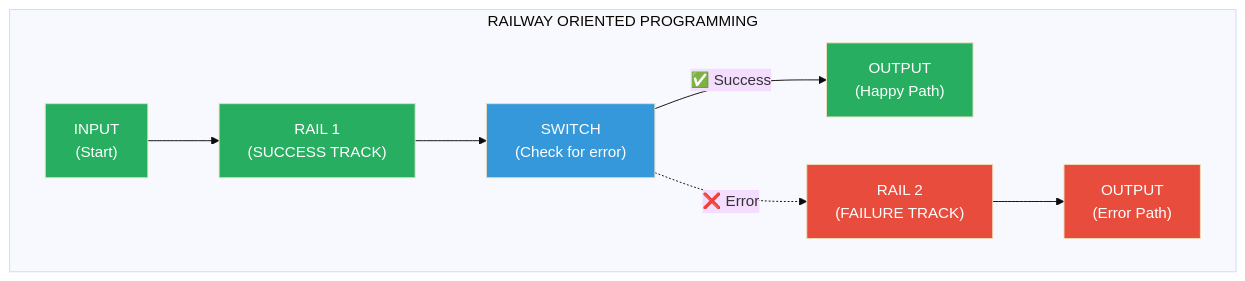
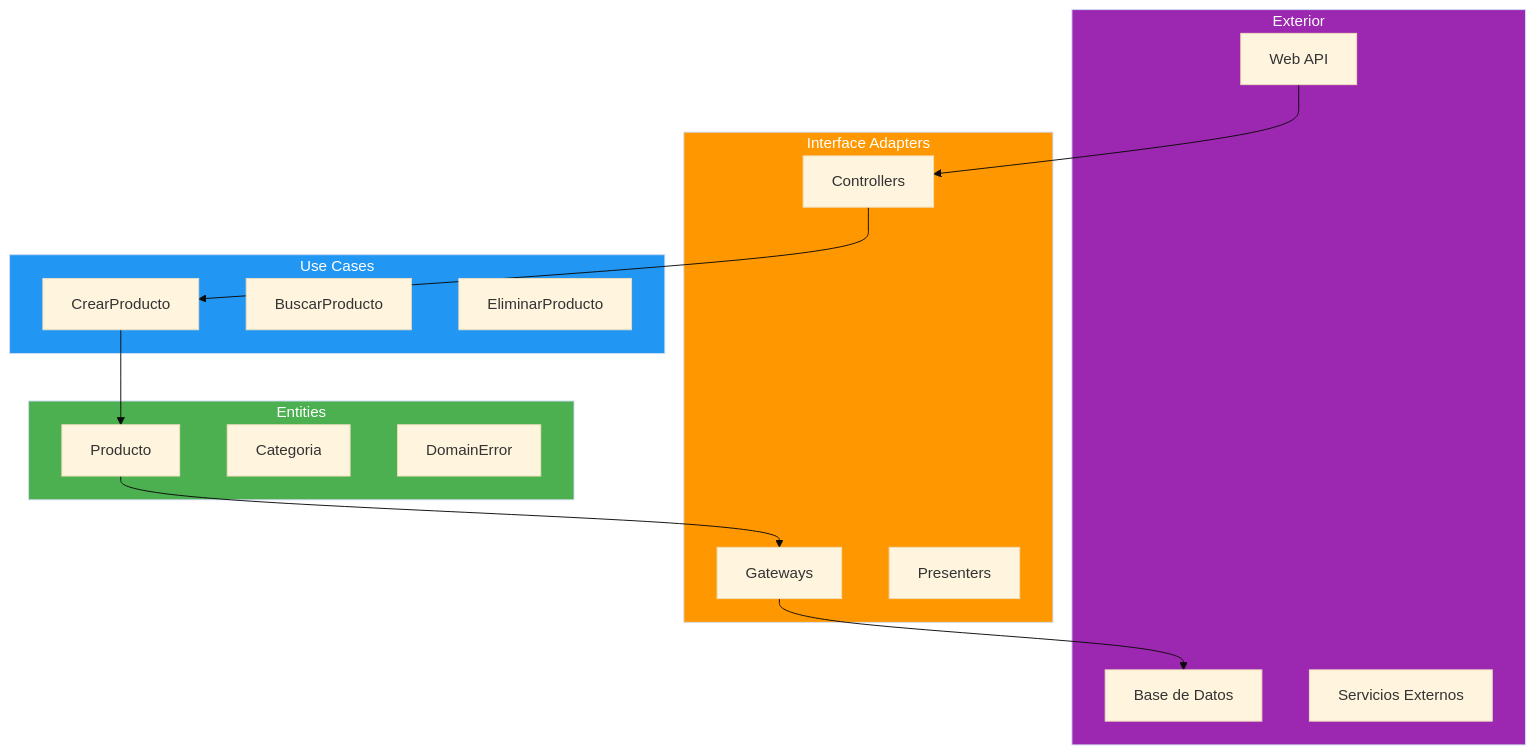
The fifth of 5 diagrams in 11-clean-architecture.md (joseluisgs/DesarrolloWebEntornosServidor-02-2026-2027), drawn with Mermaid (base theme) before and after one commit. The commit also changed other lines of this file, not shown here.

Commit message:
[refactor] Reescribir punto 11: Clean Architecture sin ROP, con CQRS y estructura nueva

````diff
--- a/11-clean-architecture.md
+++ b/11-clean-architecture.md
@@ -750,24 +345,37 @@
 ```mermaid
 flowchart TB
-    subgraph ROP["RAILWAY ORIENTED PROGRAMMING"]
-        START["INPUT<br/>(Start)"]
-        RAIL1["RAIL 1<br/>(SUCCESS TRACK)"]
-        RAIL2["RAIL 2<br/>(FAILURE TRACK)"]
-        SWITCH["SWITCH<br/>(Check for error)"]
-        OUT_SUCCESS["OUTPUT<br/>(Happy Path)"]
-        OUT_FAILURE["OUTPUT<br/>(Error Path)"]
-        
-        START --> RAIL1
-        RAIL1 --> SWITCH
-        SWITCH -->|"✅ Success"| OUT_SUCCESS
-        SWITCH -.->|"❌ Error"| RAIL2
-        RAIL2 --> OUT_FAILURE
+    subgraph EXTERIOR["Exterior"]
+        WEB["Web API"]
+        DB["Base de Datos"]
+        EXT["Servicios Externos"]
     end
 
-    style START fill:#27ae60,color:#fff
-    style RAIL1 fill:#27ae60,color:#fff
-    style OUT_SUCCESS fill:#27ae60,color:#fff
-    style RAIL2 fill:#e74c3c,color:#fff
-    style OUT_FAILURE fill:#e74c3c,color:#fff
-    style SWITCH fill:#3498db,color:#fff
+    subgraph ADAPTERS["Interface Adapters"]
+        CTRL["Controllers"]
+        GW["Gateways"]
+        PRES["Presenters"]
+    end
+
+    subgraph USECASES["Use Cases"]
+        UC1["CrearProducto"]
+        UC2["BuscarProducto"]
+        UC3["EliminarProducto"]
+    end
+
+    subgraph ENTITIES["Entities"]
+        ENT1["Producto"]
+        ENT2["Categoria"]
+        ENT3["DomainError"]
+    end
+
+    WEB --> CTRL
+    CTRL --> UC1
+    UC1 --> ENT1
+    ENT1 --> GW
+    GW --> DB
+
+    style ENTITIES fill:#4CAF50,color:#fff
+    style USECASES fill:#2196F3,color:#fff
+    style ADAPTERS fill:#FF9800,color:#fff
+    style EXTERIOR fill:#9C27B0,color:#fff
 ```
````
